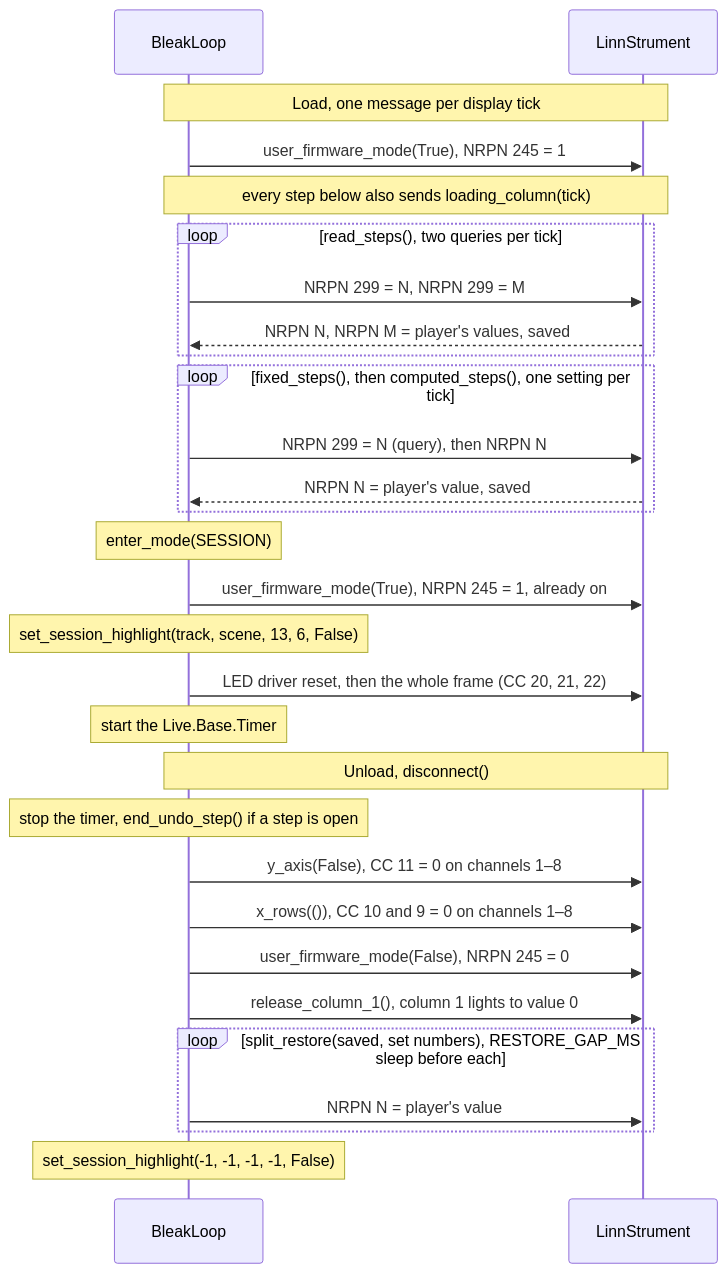
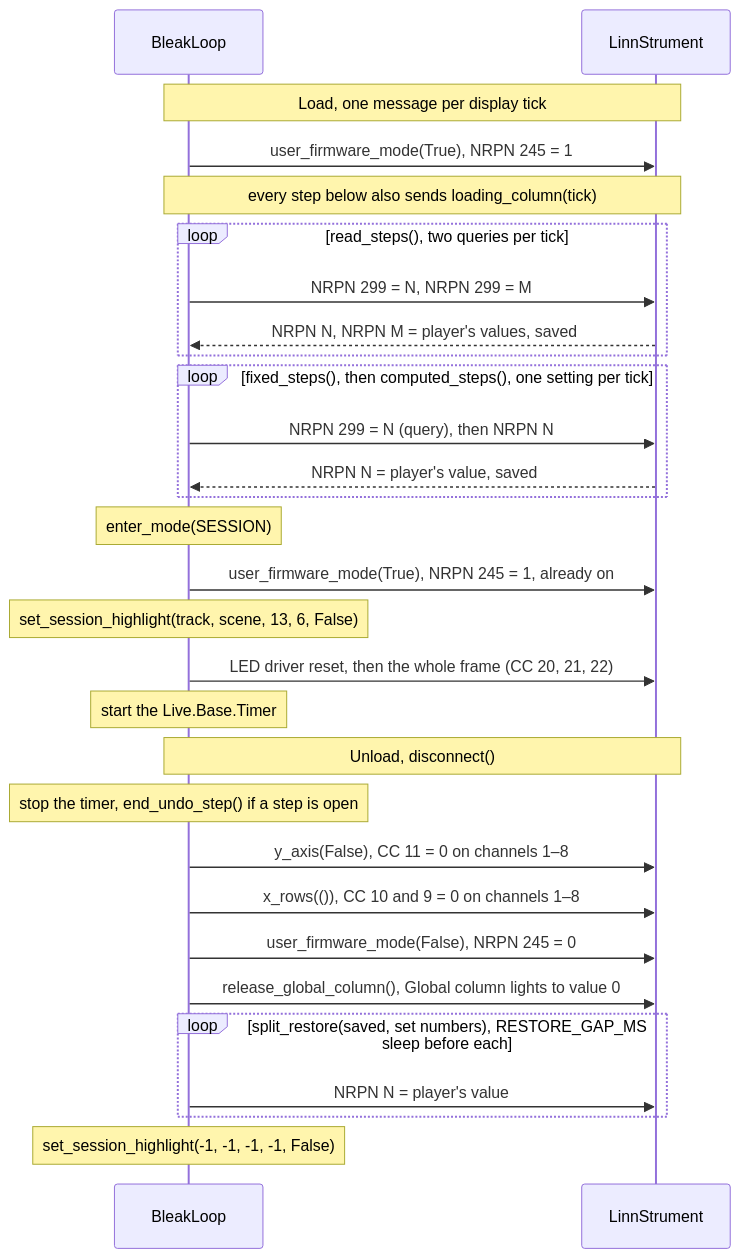
Before and after one commit to ianbleaker/bleakloop-linnstrument: the fifth of 8 diagrams in docs/architecture.md, drawn with Mermaid. The commit also changed other lines of this file and 23 other files, not shown here.

First line of the commit message:
refactor: call column 1 the Global column and define it in the layout (#83)

````diff
--- a/docs/architecture.md
+++ b/docs/architecture.md
@@ -394,31 +394,31 @@
 ```mermaid
 sequenceDiagram
   participant BleakLoop
   participant LinnStrument
   Note over BleakLoop,LinnStrument: Load, one message per display tick
   BleakLoop->>LinnStrument: user_firmware_mode(True), NRPN 245 = 1
   Note over BleakLoop,LinnStrument: every step below also sends loading_column(tick)
   loop read_steps(), two queries per tick
     BleakLoop->>LinnStrument: NRPN 299 = N, NRPN 299 = M
     LinnStrument-->>BleakLoop: NRPN N, NRPN M = player's values, saved
   end
   loop fixed_steps(), then computed_steps(), one setting per tick
     BleakLoop->>LinnStrument: NRPN 299 = N (query), then NRPN N
     LinnStrument-->>BleakLoop: NRPN N = player's value, saved
   end
   Note over BleakLoop: enter_mode(SESSION)
   BleakLoop->>LinnStrument: user_firmware_mode(True), NRPN 245 = 1, already on
   Note over BleakLoop: set_session_highlight(track, scene, 13, 6, False)
   BleakLoop->>LinnStrument: LED driver reset, then the whole frame (CC 20, 21, 22)
   Note over BleakLoop: start the Live.Base.Timer
   Note over BleakLoop,LinnStrument: Unload, disconnect()
   Note over BleakLoop: stop the timer, end_undo_step() if a step is open
   BleakLoop->>LinnStrument: y_axis(False), CC 11 = 0 on channels 1–8
   BleakLoop->>LinnStrument: x_rows(()), CC 10 and 9 = 0 on channels 1–8
   BleakLoop->>LinnStrument: user_firmware_mode(False), NRPN 245 = 0
-  BleakLoop->>LinnStrument: release_column_1(), column 1 lights to value 0
+  BleakLoop->>LinnStrument: release_global_column(), Global column lights to value 0
   loop split_restore(saved, set numbers), RESTORE_GAP_MS sleep before each
     BleakLoop->>LinnStrument: NRPN N = player's value
   end
   Note over BleakLoop: set_session_highlight(-1, -1, -1, -1, False)
 ```
````
